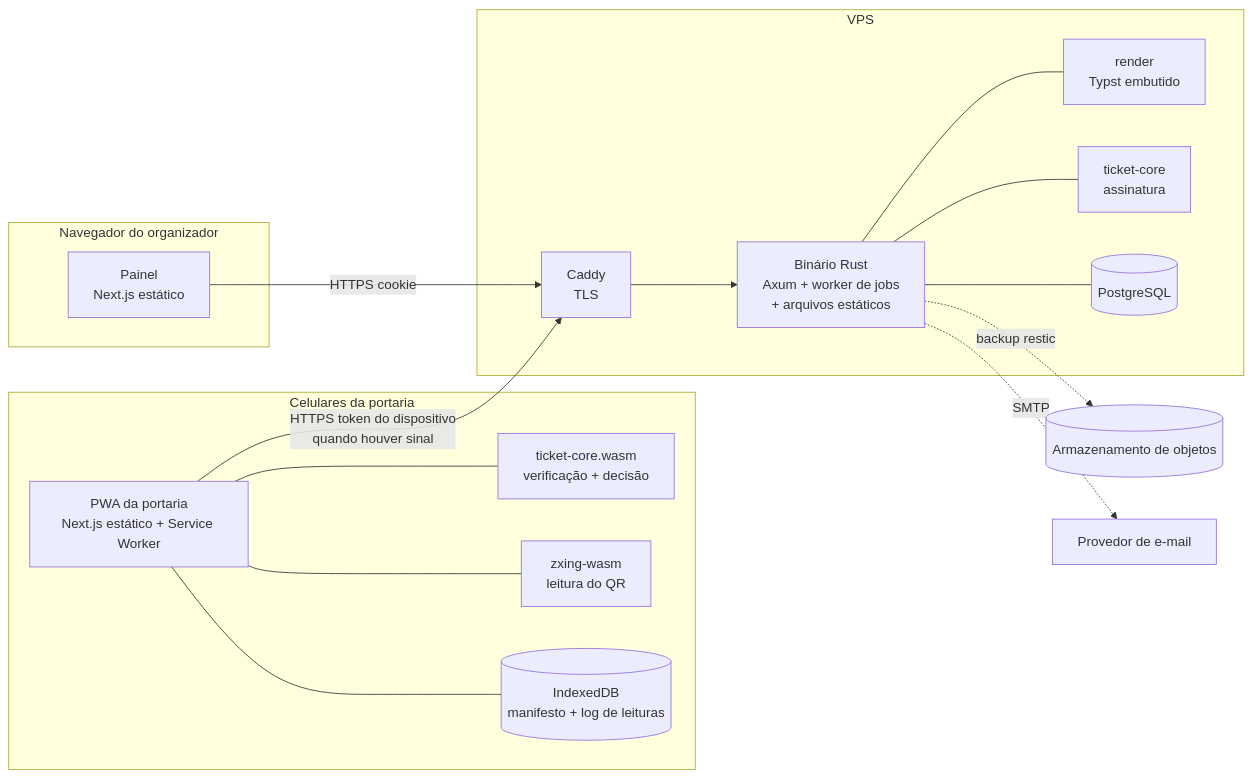
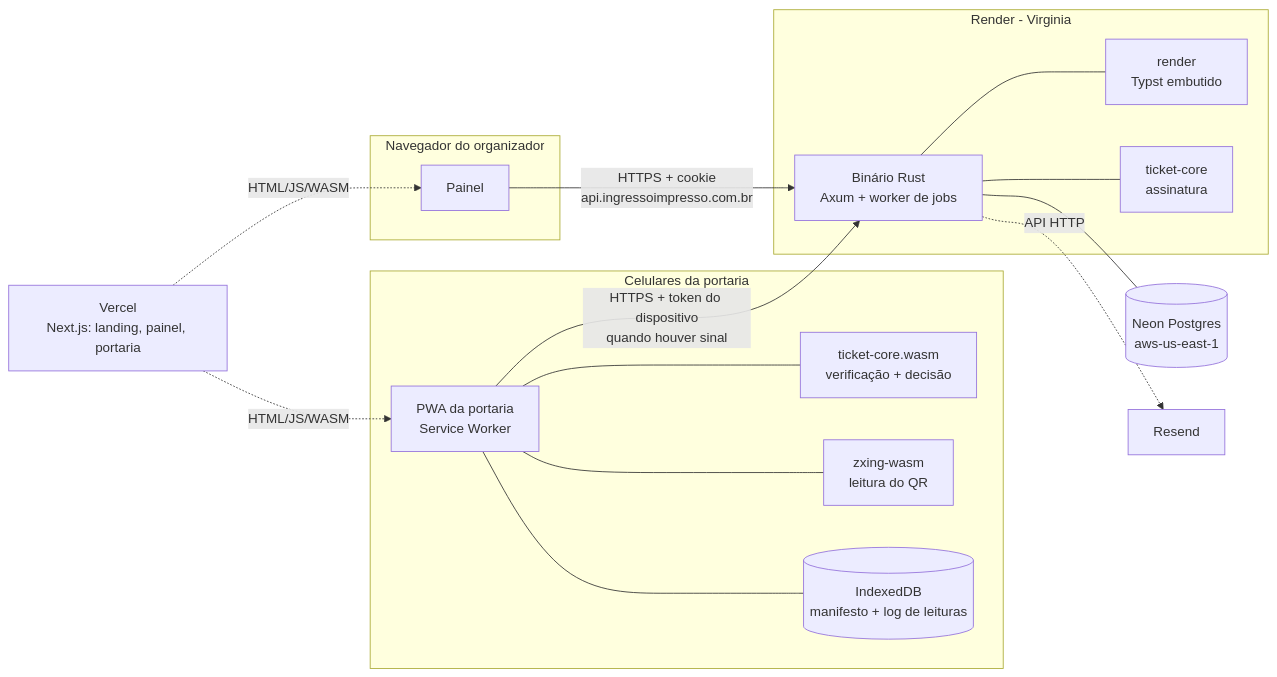
The first of 2 diagrams in docs/arquitetura.md (allansomensi/ingressoimpresso), drawn with Mermaid before and after one commit. The commit also changed other lines of this file and 17 other files, not shown here.

````diff
--- a/docs/arquitetura.md
+++ b/docs/arquitetura.md
@@ -47,30 +51,29 @@
 ```mermaid
 flowchart LR
+  V[Vercel<br/>Next.js: landing, painel, portaria] -. HTML/JS/WASM .-> P
+  V -. HTML/JS/WASM .-> D
   subgraph Navegador do organizador
-    P[Painel<br/>Next.js estático]
+    P[Painel]
   end
   subgraph Celulares da portaria
-    D[PWA da portaria<br/>Next.js estático + Service Worker]
+    D[PWA da portaria<br/>Service Worker]
     W[ticket-core.wasm<br/>verificação + decisão]
     Z[zxing-wasm<br/>leitura do QR]
     I[(IndexedDB<br/>manifesto + log de leituras)]
     D --- W
     D --- Z
     D --- I
   end
-  subgraph VPS
-    C[Caddy<br/>TLS]
-    S[Binário Rust<br/>Axum + worker de jobs<br/>+ arquivos estáticos]
+  subgraph Render - Virginia
+    S[Binário Rust<br/>Axum + worker de jobs]
     R[render<br/>Typst embutido]
     K[ticket-core<br/>assinatura]
-    DB[(PostgreSQL)]
-    C --> S
     S --- R
     S --- K
-    S --- DB
   end
-  P -- HTTPS cookie --> C
-  D -- HTTPS token do dispositivo<br/>quando houver sinal --> C
-  S -. backup restic .-> B[(Armazenamento de objetos)]
-  S -. SMTP .-> E[Provedor de e-mail]
+  DB[(Neon Postgres<br/>aws-us-east-1)]
+  S --- DB
+  P -- HTTPS + cookie<br/>api.ingressoimpresso.com.br --> S
+  D -- HTTPS + token do dispositivo<br/>quando houver sinal --> S
+  S -. API HTTP .-> E[Resend]
 ```
````
